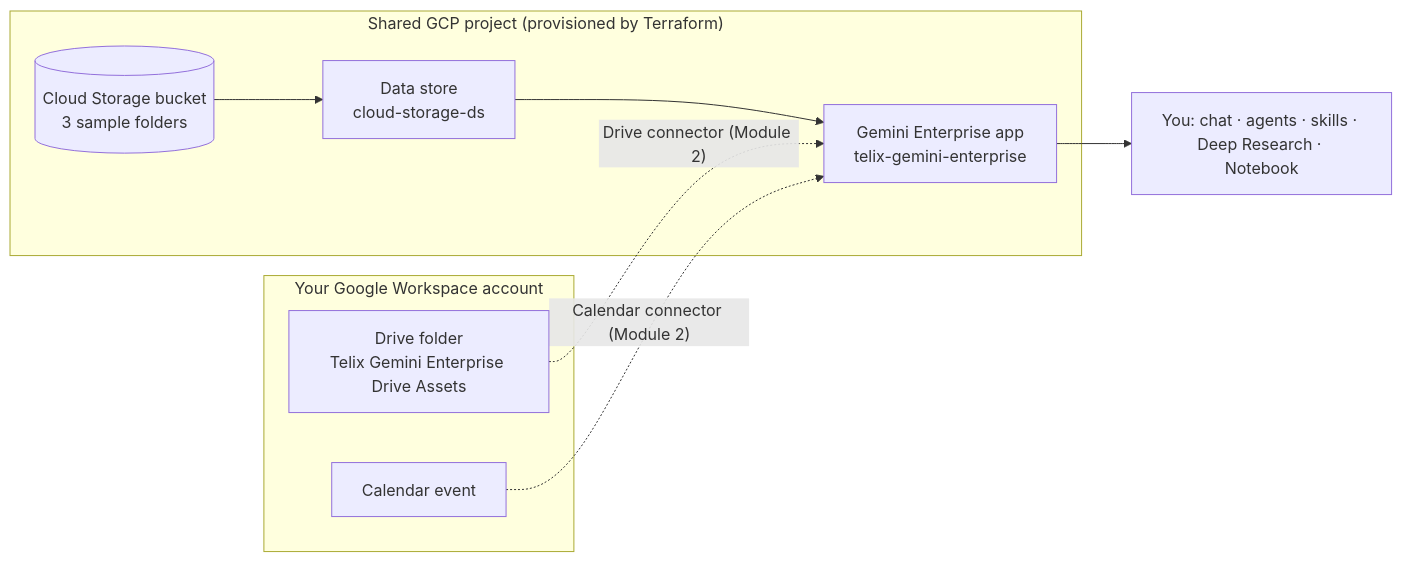
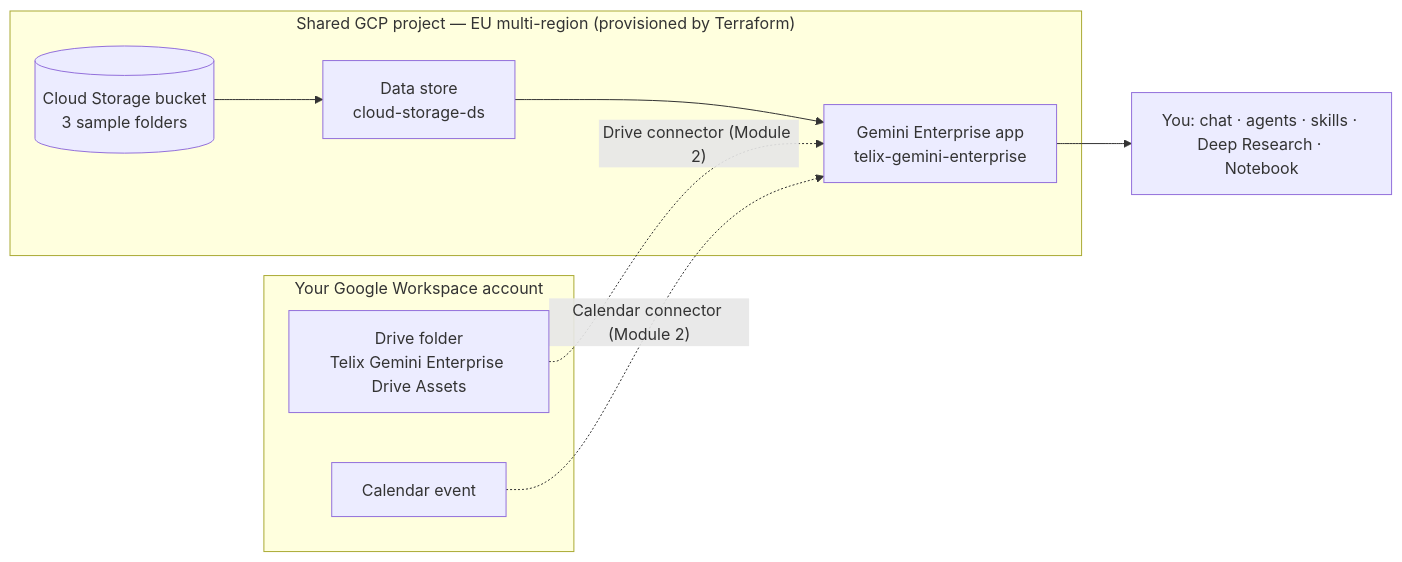
The diagram in README.md (soheilage/Telix), drawn with Mermaid before and after one commit. The commit also changed other lines of this file and 6 other files, not shown here.

First line of the commit message:
Align workshop with EU multi-region

````diff
--- a/README.md
+++ b/README.md
@@ -53,16 +53,16 @@
 ```mermaid
 flowchart LR
-  subgraph GCP["Shared GCP project (provisioned by Terraform)"]
+  subgraph GCP["Shared GCP project — EU multi-region (provisioned by Terraform)"]
     B[("Cloud Storage bucket<br/>3 sample folders")]
     DS["Data store<br/>cloud-storage-ds"]
     APP["Gemini Enterprise app<br/>telix-gemini-enterprise"]
     B --> DS --> APP
   end
   subgraph WS["Your Google Workspace account"]
     DRV["Drive folder<br/>Telix Gemini Enterprise Drive Assets"]
     CAL["Calendar event"]
   end
   DRV -. "Drive connector (Module 2)" .-> APP
   CAL -. "Calendar connector (Module 2)" .-> APP
   APP --> U["You: chat · agents · skills · Deep Research · Notebook"]
 ```
````
